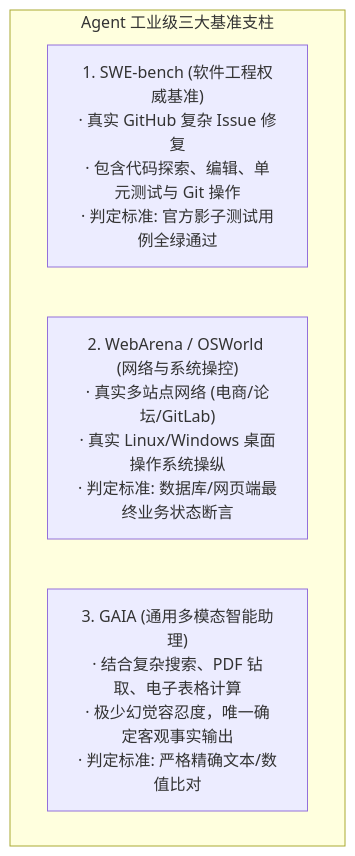
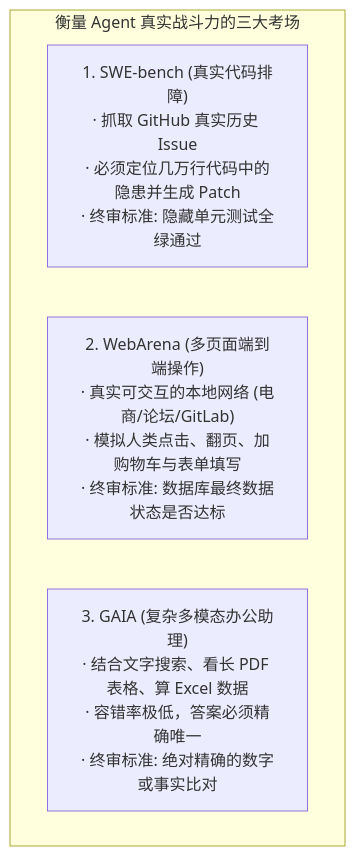
Before and after one commit to ljh12138164/ai-agent-study: the first of 2 diagrams in app/ch07-evaluation/02-industry-benchmarks-swe-gaia/page.mdx, drawn with Mermaid. The commit also changed other lines of this file and 43 other files, not shown here.

````diff
--- a/app/ch07-evaluation/02-industry-benchmarks-swe-gaia/page.mdx
+++ b/app/ch07-evaluation/02-industry-benchmarks-swe-gaia/page.mdx
@@ -13,10 +13,10 @@
 ```mermaid
-graph TD
-    subgraph BenchmarkPillars["Agent 工业级三大基准支柱"]
-        B1["1. SWE-bench (软件工程权威基准)<br/>· 真实 GitHub 复杂 Issue 修复<br/>· 包含代码探索、编辑、单元测试与 Git 操作<br/>· 判定标准: 官方影子测试用例全绿通过"]
+flowchart TD
+    subgraph Benchmarks["衡量 Agent 真实战斗力的三大考场"]
+        B1["1. SWE-bench (真实代码排障)<br/>· 抓取 GitHub 真实历史 Issue<br/>· 必须定位几万行代码中的隐患并生成 Patch<br/>· 终审标准: 隐藏单元测试全绿通过"]
         
-        B2["2. WebArena / OSWorld (网络与系统操控)<br/>· 真实多站点网络 (电商/论坛/GitLab)<br/>· 真实 Linux/Windows 桌面操作系统操纵<br/>· 判定标准: 数据库/网页端最终业务状态断言"]
+        B2["2. WebArena (多页面端到端操作)<br/>· 真实可交互的本地网络 (电商/论坛/GitLab)<br/>· 模拟人类点击、翻页、加购物车与表单填写<br/>· 终审标准: 数据库最终数据状态是否达标"]
         
-        B3["3. GAIA (通用多模态智能助理)<br/>· 结合复杂搜索、PDF 钻取、电子表格计算<br/>· 极少幻觉容忍度，唯一确定客观事实输出<br/>· 判定标准: 严格精确文本/数值比对"]
+        B3["3. GAIA (复杂多模态办公助理)<br/>· 结合文字搜索、看长 PDF 表格、算 Excel 数据<br/>· 容错率极低，答案必须精确唯一<br/>· 终审标准: 绝对精确的数字或事实比对"]
     end
 ```
````
